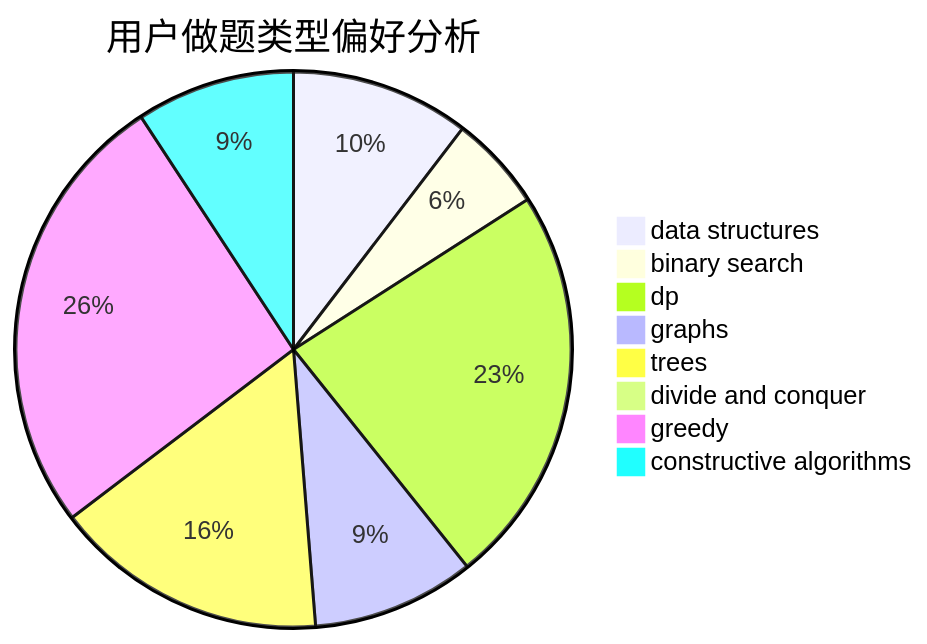
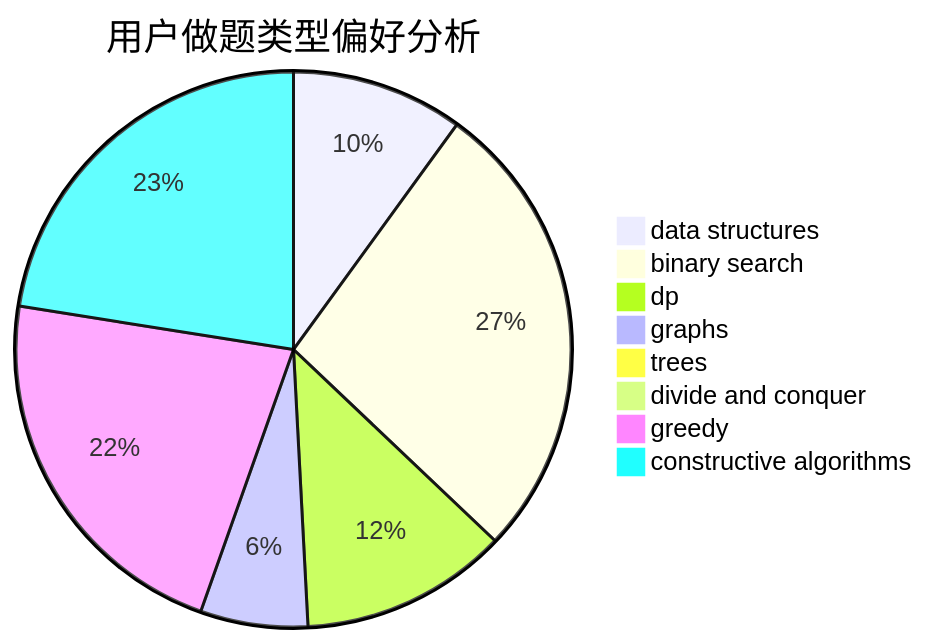
One commit to sherpahu/cfrs.github.io changed the second of 3 diagrams in docs/user/u684.md. Above: the diagram before and after it, drawn with Mermaid. The commit also changed other lines of this file and 2770 other files, not shown here.

````diff
--- a/docs/user/u684.md
+++ b/docs/user/u684.md
@@ -23,11 +23,11 @@
 ```mermaid
 pie title 用户做题类型偏好分析
-    "data structures" :  45
-    "binary search" :  24
-    "dp" :  101
-    "graphs" :  41
-    "trees" :  69
+    "data structures" :  48
+    "binary search" :  130
+    "dp" :  58
+    "graphs" :  30
+    "trees" :  0
     "divide and conquer" :  0
-    "greedy" :  113
-    "constructive algorithms" :  40
+    "greedy" :  106
+    "constructive algorithms" :  108
 ```
````
